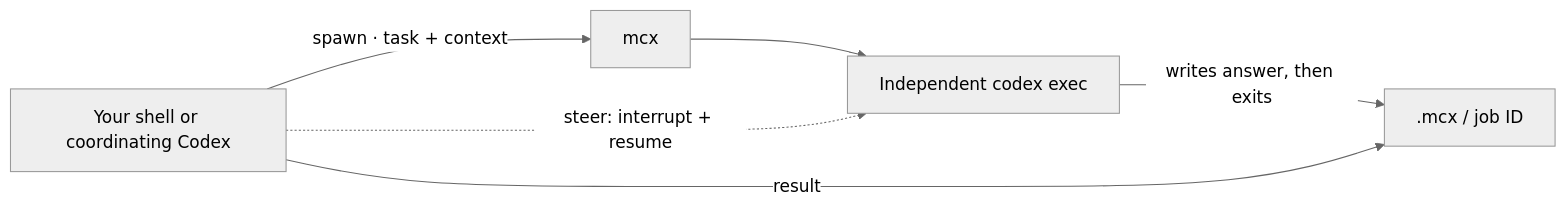
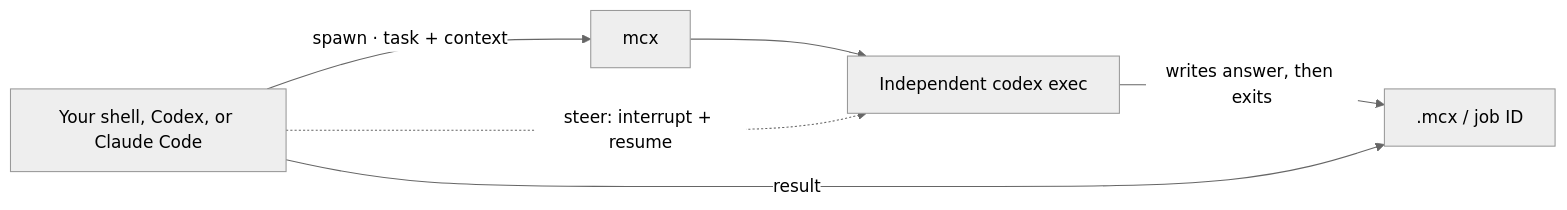
Before and after one commit to exPardus/multi-codex: the diagram in README.md, drawn with Mermaid (neutral theme). The commit also changed other lines of this file and 17 other files, not shown here.

Commit message:
Package mcx for Codex and Claude Code with compact startup context

````diff
--- a/README.md
+++ b/README.md
@@ -191,8 +241,8 @@
 ```mermaid
 flowchart LR
-    A["Your shell or coordinating Codex"] -->|"spawn · task + context"| B["mcx"]
+    A["Your shell, Codex, or Claude Code"] -->|"spawn · task + context"| B["mcx"]
     B --> C["Independent codex exec"]
     C -->|"writes answer, then exits"| D[".mcx / job ID"]
     A -->|"result"| D
     A -.->|"steer: interrupt + resume"| C
 ```
````
